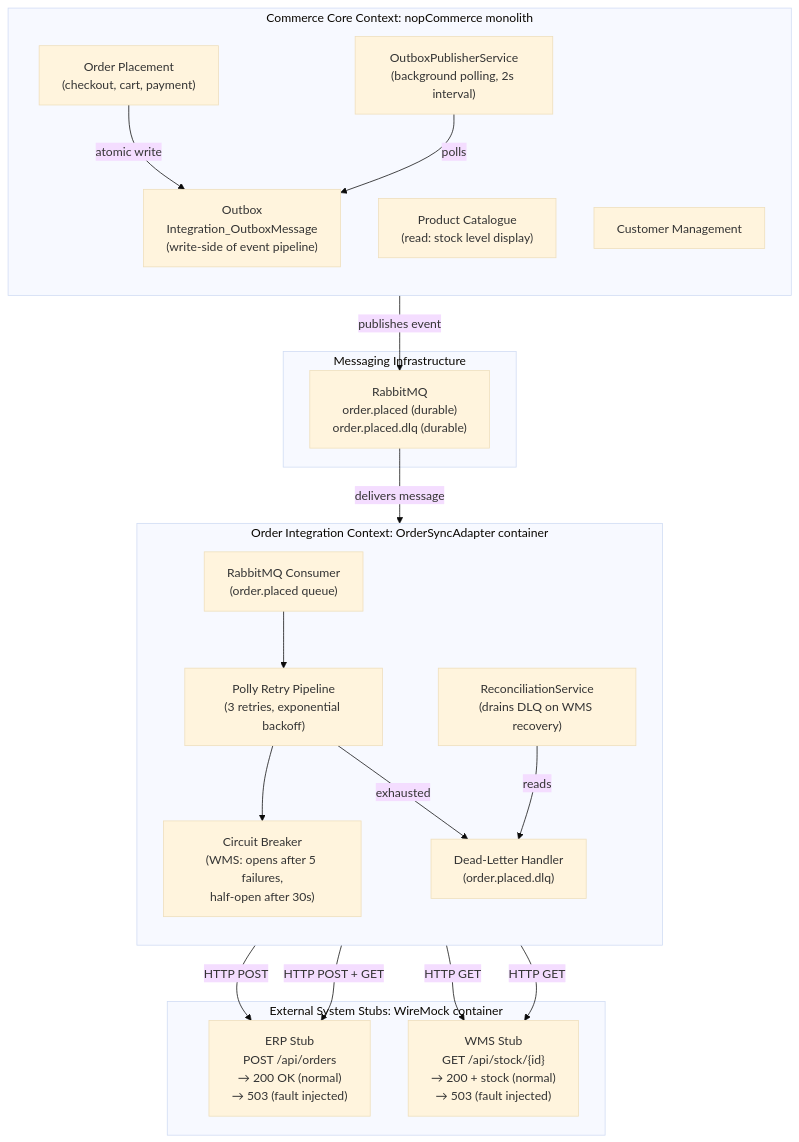
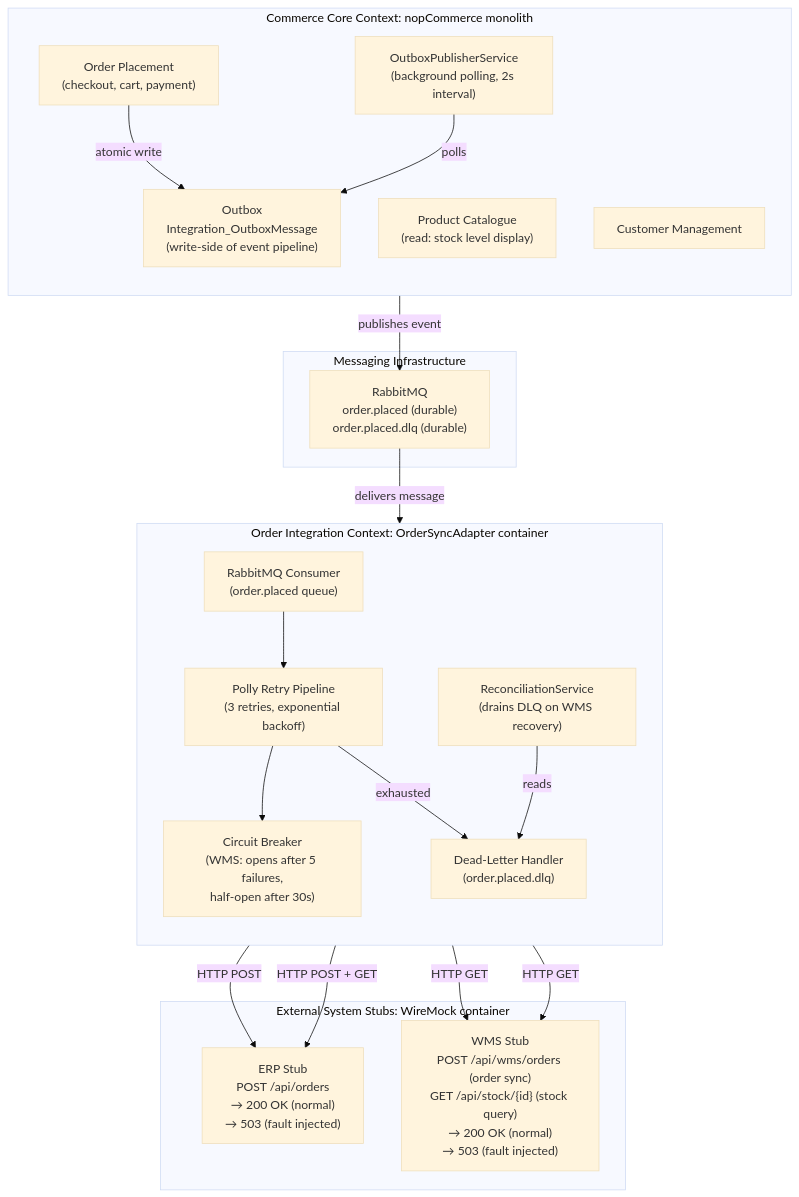
Before and after one commit to Assignment2-AS/nopCommerce-Omnichannel-Core: the diagram in docs/bounded-context-view.md, drawn with Mermaid (base theme). The commit also changed other lines of this file and 7 other files, not shown here.

Commit message:
update diagrams

````diff
--- a/docs/bounded-context-view.md
+++ b/docs/bounded-context-view.md
@@ -12,42 +12,42 @@
 ```mermaid
 graph TB
     subgraph CC["Commerce Core Context: nopCommerce monolith"]
         direction TB
         OP["Order Placement\n(checkout, cart, payment)"]
         CAT["Product Catalogue\n(read: stock level display)"]
         CUST["Customer Management"]
         OUT["Outbox\nIntegration_OutboxMessage\n(write-side of event pipeline)"]
         OUTPUB["OutboxPublisherService\n(background polling, 2s interval)"]
         OP -->|"atomic write"| OUT
         OUTPUB -->|"polls"| OUT
     end
 
     subgraph OI["Order Integration Context: OrderSyncAdapter container"]
         direction TB
         CONS["RabbitMQ Consumer\n(order.placed queue)"]
         POLLY["Polly Retry Pipeline\n(3 retries, exponential backoff)"]
         CB["Circuit Breaker\n(WMS: opens after 5 failures,\nhalf-open after 30s)"]
         RECON["ReconciliationService\n(drains DLQ on WMS recovery)"]
         DLH["Dead-Letter Handler\n(order.placed.dlq)"]
         CONS --> POLLY
         POLLY --> CB
         POLLY -->|"exhausted"| DLH
         RECON -->|"reads"| DLH
     end
 
     subgraph MSG["Messaging Infrastructure"]
         QUEUE["RabbitMQ\norder.placed (durable)\norder.placed.dlq (durable)"]
     end
 
     subgraph EXT["External System Stubs: WireMock container"]
         ERP["ERP Stub\nPOST /api/orders\n→ 200 OK (normal)\n→ 503 (fault injected)"]
-        WMS["WMS Stub\nGET /api/stock/{id}\n→ 200 + stock (normal)\n→ 503 (fault injected)"]
+        WMS["WMS Stub\nPOST /api/wms/orders (order sync)\nGET /api/stock/{id} (stock query)\n→ 200 OK (normal)\n→ 503 (fault injected)"]
     end
 
     OUTPUB -->|"publishes event"| QUEUE
     QUEUE -->|"delivers message"| CONS
     POLLY -->|"HTTP POST"| ERP
     CB -->|"HTTP GET"| WMS
     RECON -->|"HTTP POST + GET"| ERP
     RECON -->|"HTTP GET"| WMS
 ```
````
